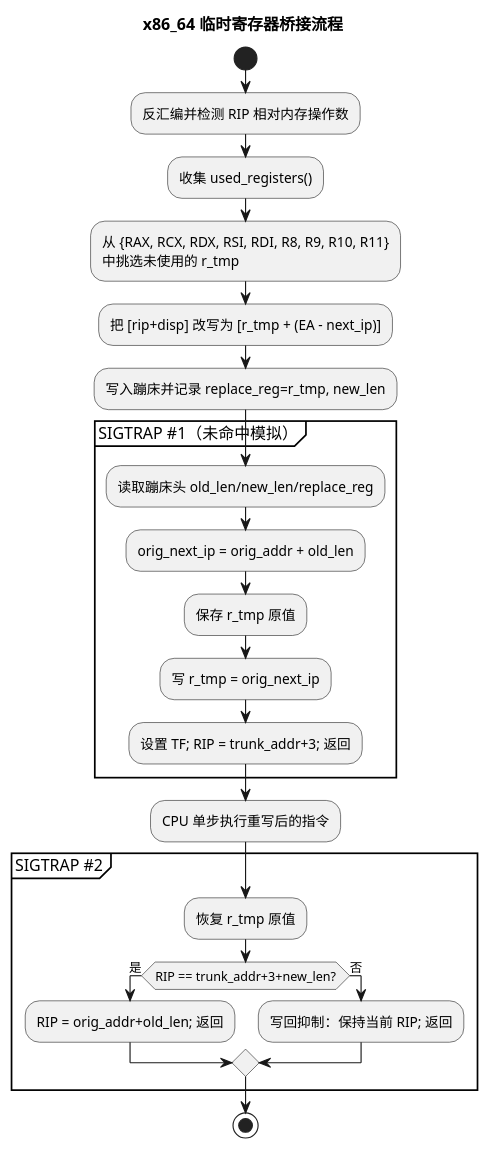
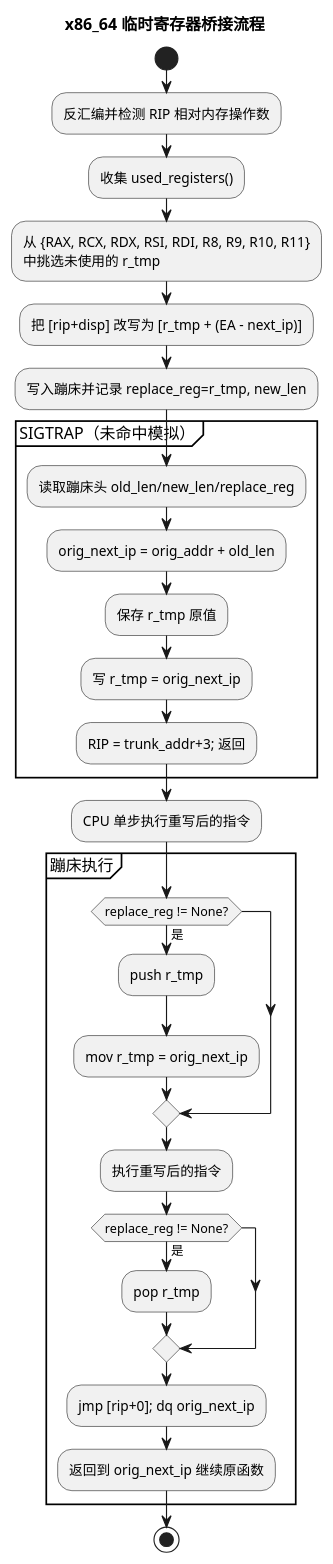
The sixth of 6 diagrams in doc/方案介绍-mockrs-超越Trait的自由函数模拟与线程安全.md (skyfireitdiy/mockrs), drawn with PlantUML before and after one commit. The commit also changed other lines of this file and 9 other files, not shown here.

````diff
--- a/doc/方案介绍-mockrs-超越Trait的自由函数模拟与线程安全.md
+++ b/doc/方案介绍-mockrs-超越Trait的自由函数模拟与线程安全.md
@@ -553,32 +529,36 @@
 ```plantuml
 @startuml
 title x86_64 临时寄存器桥接流程
 
 start
 :反汇编并检测 RIP 相对内存操作数;
 :收集 used_registers();
 :从 {RAX, RCX, RDX, RSI, RDI, R8, R9, R10, R11}\n中挑选未使用的 r_tmp;
 :把 [rip+disp] 改写为 [r_tmp + (EA - next_ip)];
 :写入蹦床并记录 replace_reg=r_tmp, new_len;
 
-partition "SIGTRAP #1（未命中模拟）" {
+partition "SIGTRAP（未命中模拟）" {
   :读取蹦床头 old_len/new_len/replace_reg;
   :orig_next_ip = orig_addr + old_len;
   :保存 r_tmp 原值; 
   :写 r_tmp = orig_next_ip;
-  :设置 TF; RIP = trunk_addr+3; 返回;
+  :RIP = trunk_addr+3; 返回;
 }
 
 :CPU 单步执行重写后的指令;
 
-partition "SIGTRAP #2" {
-  :恢复 r_tmp 原值;
-  if (RIP == trunk_addr+3+new_len?) then (是)
-    :RIP = orig_addr+old_len; 返回;
-  else (否)
-    :写回抑制：保持当前 RIP; 返回;
+partition "蹦床执行" {
+  if (replace_reg != None?) then (是)
+    :push r_tmp;
+    :mov r_tmp = orig_next_ip;
   endif
+  :执行重写后的指令;
+  if (replace_reg != None?) then (是)
+    :pop r_tmp;
+  endif
+  :jmp [rip+0]; dq orig_next_ip;
+  :返回到 orig_next_ip 继续原函数;
 }
 stop
 @enduml
 ```
````
